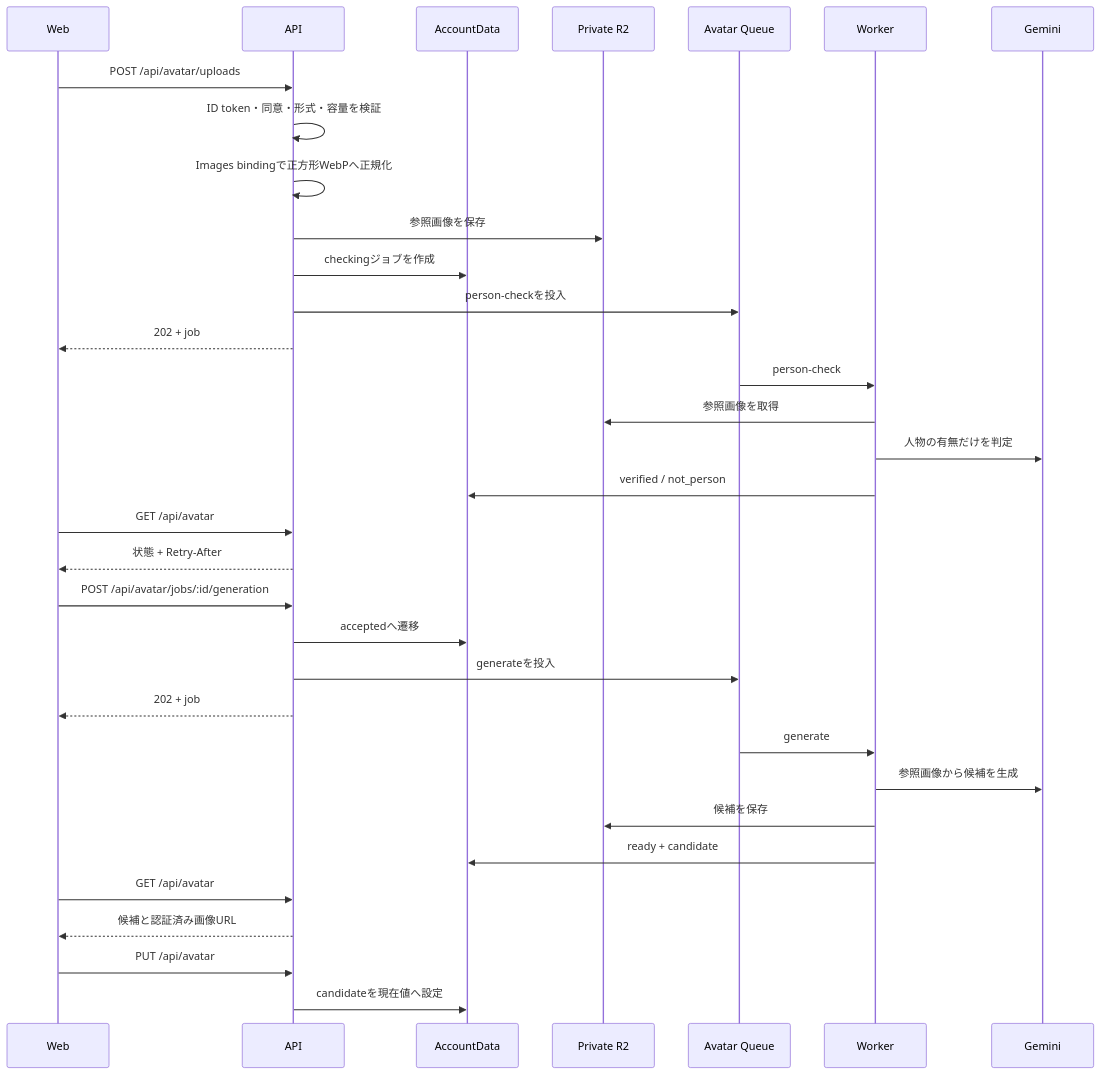
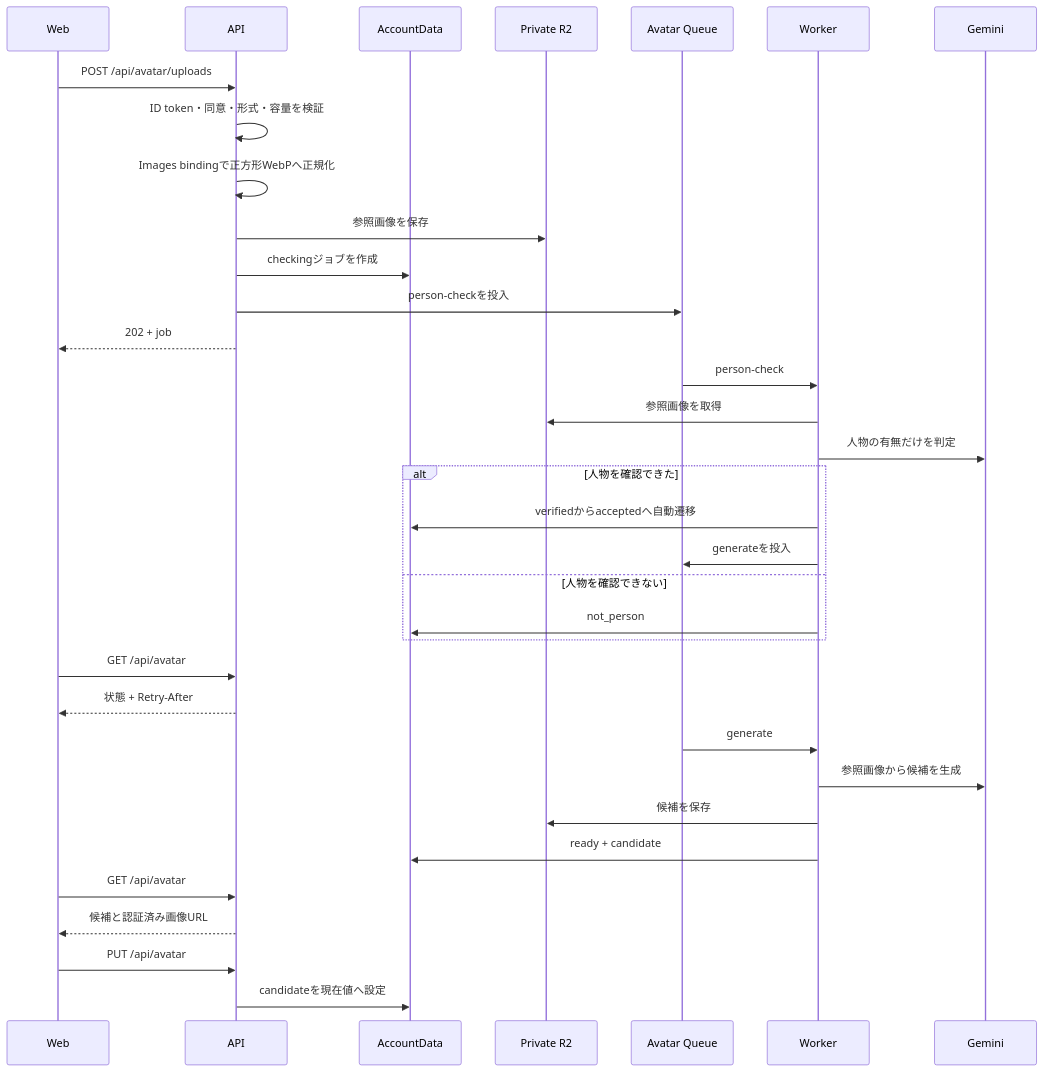
One commit to kkyosuke/me-builder changed the diagram in docs/architecture/avatar-implementation-design.md. Above: the diagram before and after it, drawn with Mermaid. The commit also changed other lines of this file and 15 other files, not shown here.

````diff
--- a/docs/architecture/avatar-implementation-design.md
+++ b/docs/architecture/avatar-implementation-design.md
@@ -23,36 +24,37 @@
 ```mermaid
 sequenceDiagram
     participant Web
     participant API
     participant AD as AccountData
     participant R2 as Private R2
     participant Q as Avatar Queue
     participant Worker
     participant Gemini
 
     Web->>API: POST /api/avatar/uploads
     API->>API: ID token・同意・形式・容量を検証
     API->>API: Images bindingで正方形WebPへ正規化
     API->>R2: 参照画像を保存
     API->>AD: checkingジョブを作成
     API->>Q: person-checkを投入
     API-->>Web: 202 + job
     Q->>Worker: person-check
     Worker->>R2: 参照画像を取得
     Worker->>Gemini: 人物の有無だけを判定
-    Worker->>AD: verified / not_person
+    alt 人物を確認できた
+        Worker->>AD: verifiedからacceptedへ自動遷移
+        Worker->>Q: generateを投入
+    else 人物を確認できない
+        Worker->>AD: not_person
+    end
     Web->>API: GET /api/avatar
     API-->>Web: 状態 + Retry-After
-    Web->>API: POST /api/avatar/jobs/:id/generation
-    API->>AD: acceptedへ遷移
-    API->>Q: generateを投入
-    API-->>Web: 202 + job
     Q->>Worker: generate
     Worker->>Gemini: 参照画像から候補を生成
     Worker->>R2: 候補を保存
     Worker->>AD: ready + candidate
     Web->>API: GET /api/avatar
     API-->>Web: 候補と認証済み画像URL
     Web->>API: PUT /api/avatar
     API->>AD: candidateを現在値へ設定
 ```
````
